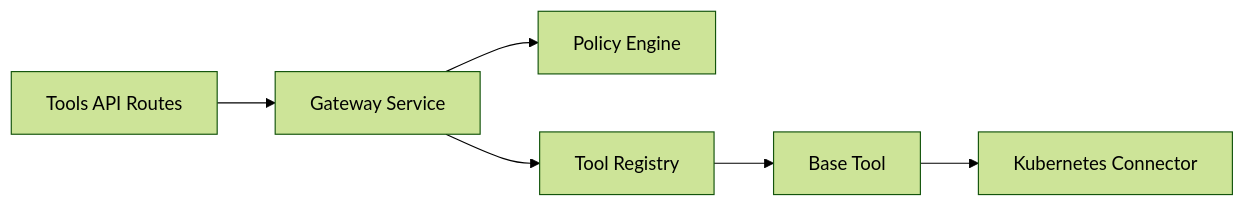
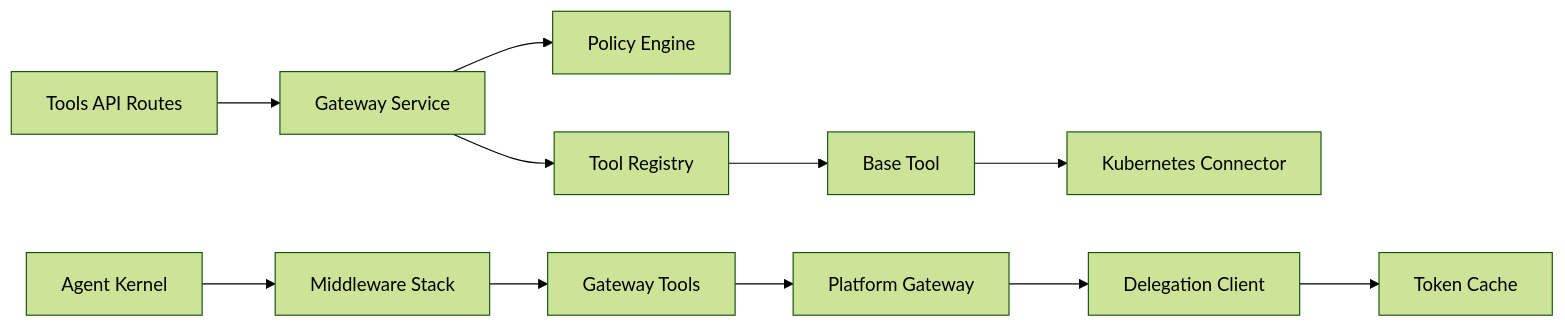
Before and after one commit to metasync/luban-aiops: the eighth of 8 diagrams in .qoder/repowiki/en/content/Agent Platform Service/Tool Execution Framework.md, drawn with Mermaid (forest theme). The commit also changed other lines of this file and 25 other files, not shown here.

````diff
--- a/.qoder/repowiki/en/content/Agent Platform Service/Tool Execution Framework.md
+++ b/.qoder/repowiki/en/content/Agent Platform Service/Tool Execution Framework.md
@@ -404,8 +496,13 @@
 ```mermaid
 graph LR
 API["Tools API Routes"] --> SVC["Gateway Service"]
 SVC --> POL["Policy Engine"]
 SVC --> REG["Tool Registry"]
 REG --> BASE["Base Tool"]
 BASE --> K8S["Kubernetes Connector"]
+AG_KERNEL["Agent Kernel"] --> MW_STACK["Middleware Stack"]
+MW_STACK --> GW_TOOLS["Gateway Tools"]
+GW_TOOLS --> PLAT_GW["Platform Gateway"]
+PLAT_GW --> DEL_CLIENT["Delegation Client"]
+DEL_CLIENT --> TOKEN_CACHE["Token Cache"]
 ```
````
